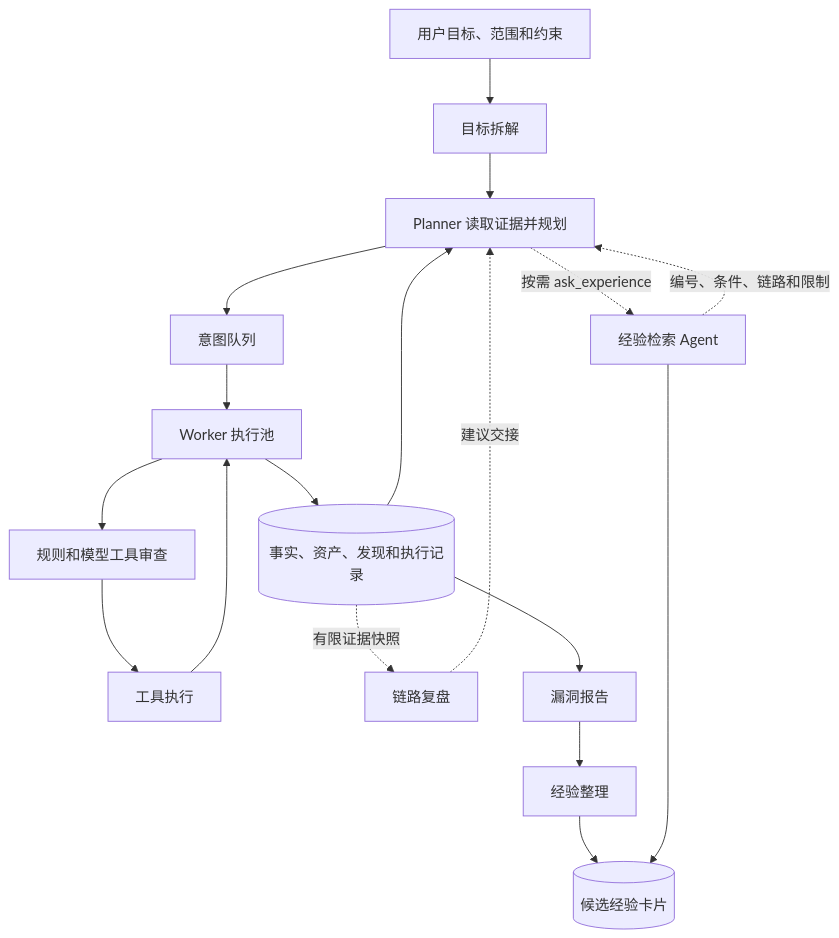
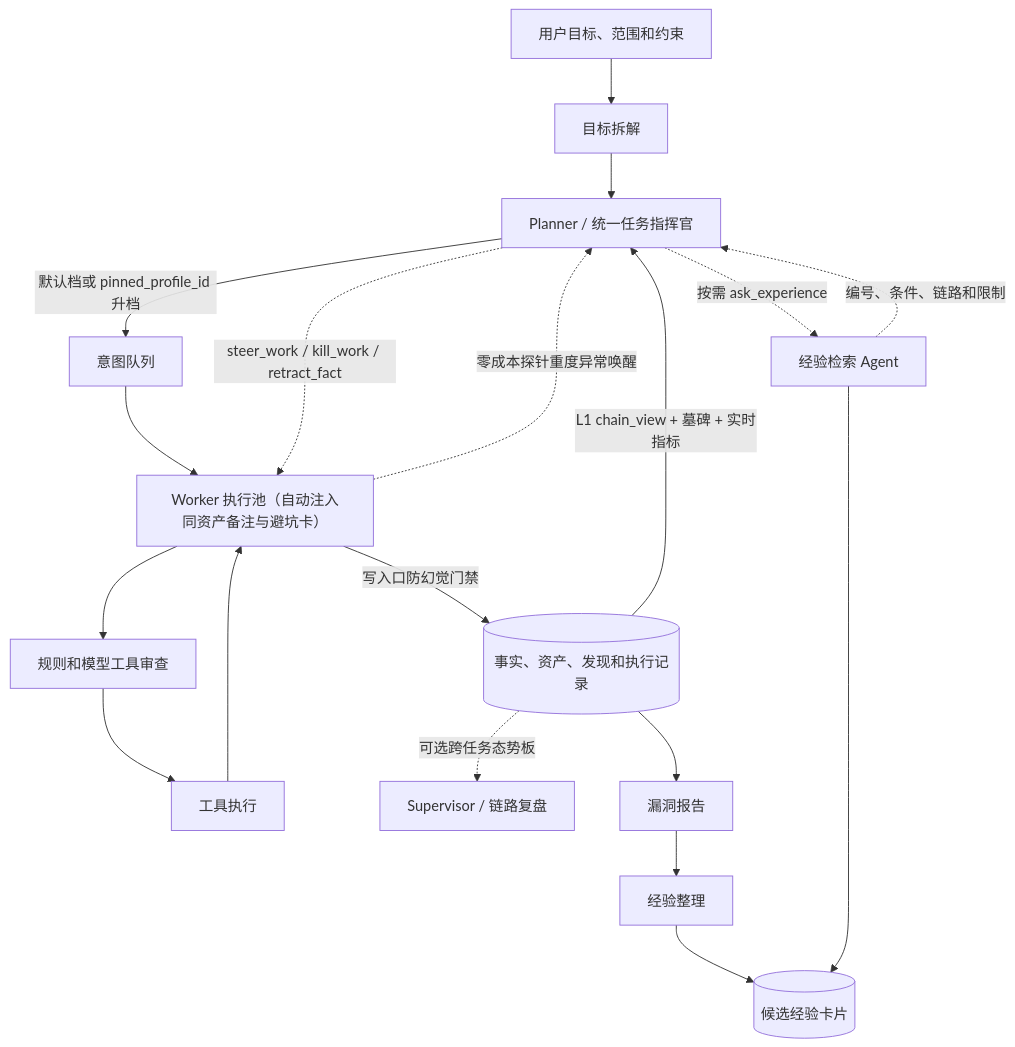
One commit to ling101w/bterx changed the diagram in README.md. Above: the diagram before and after it, drawn with Mermaid. The commit also changed other lines of this file, not shown here.

Commit message:
Update README for unified Task Commander release

````diff
--- a/README.md
+++ b/README.md
@@ -20,20 +21,21 @@
 ```mermaid
 flowchart TD
     U[用户目标、范围和约束] --> G[目标拆解]
-    G --> P[Planner 读取证据并规划]
-    P --> Q[意图队列]
-    Q --> W[Worker 执行池]
+    G --> P[Planner / 统一任务指挥官]
+    P -->|默认档或 pinned_profile_id 升档| Q[意图队列]
+    Q --> W["Worker 执行池（自动注入同资产备注与避坑卡）"]
     W --> J[规则和模型工具审查]
     J --> X[工具执行]
     X --> W
-    W --> D[(事实、资产、发现和执行记录)]
-    D --> P
-    D -. 有限证据快照 .-> R[链路复盘]
-    R -. 建议交接 .-> P
+    W -->|写入口防幻觉门禁| D[(事实、资产、发现和执行记录)]
+    W -. 零成本探针重度异常唤醒 .-> P
+    D -->|L1 chain_view + 墓碑 + 实时指标| P
+    P -. steer_work / kill_work / retract_fact .-> W
+    D -. 可选跨任务态势板 .-> R[Supervisor / 链路复盘]
     D --> RP[漏洞报告]
     RP --> C[经验整理]
     C --> K[(候选经验卡片)]
     P -. 按需 ask_experience .-> E[经验检索 Agent]
     E --> K
     E -. 编号、条件、链路和限制 .-> P
 ```
````
